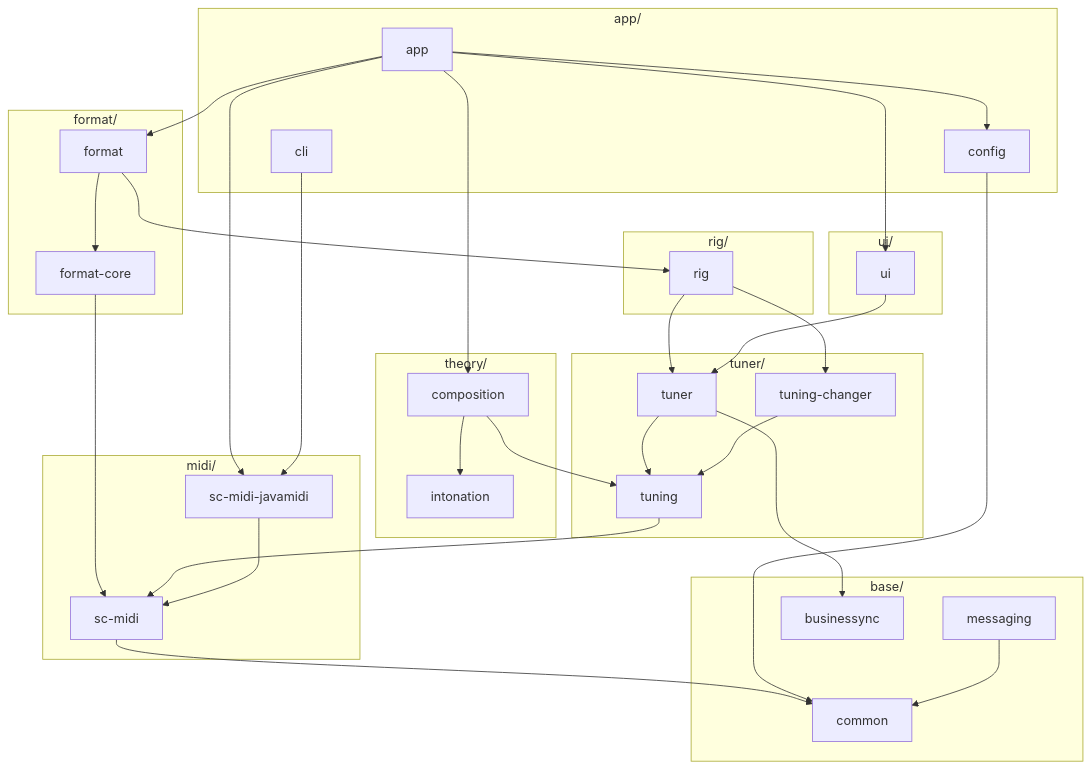
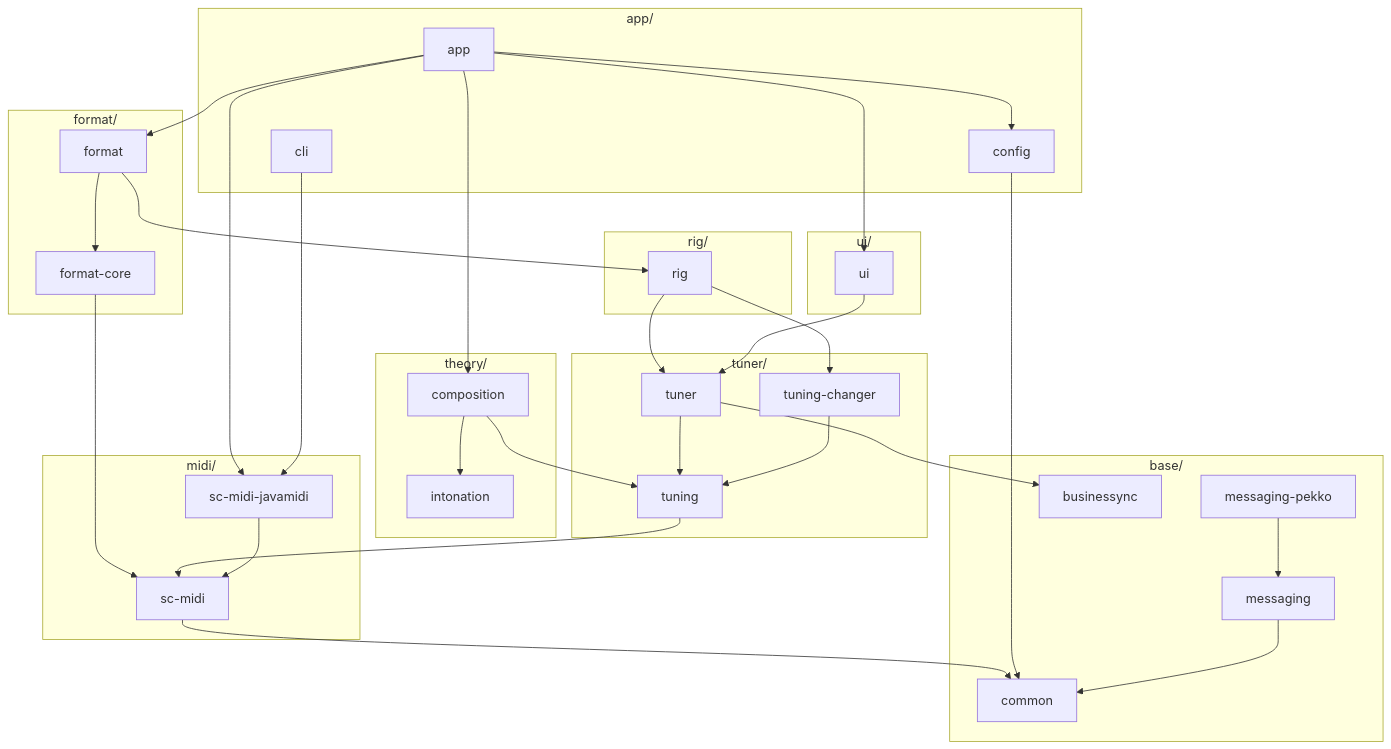
Before and after one commit to calinburloiu/microtonalist: the diagram in docs/architecture/module-overview.md, drawn with Mermaid. The commit also changed other lines of this file and 7 other files, not shown here.

First line of the commit message:
[#90/#387] Document messaging-pekko

````diff
--- a/docs/architecture/module-overview.md
+++ b/docs/architecture/module-overview.md
@@ -55,50 +56,52 @@
 ```mermaid
 flowchart TD
   subgraph appGroup ["app/"]
     app
     config
     cli
   end
   subgraph uiGroup ["ui/"]
     ui
   end
   subgraph formatGroup ["format/"]
     format
     formatCore["format-core"]
   end
   subgraph rigGroup ["rig/"]
     rig
   end
   subgraph theoryGroup ["theory/"]
     composition
     intonation
   end
   subgraph tunerGroup ["tuner/"]
     tuner
     tuningChanger["tuning-changer"]
     tuning
   end
   subgraph midiGroup ["midi/"]
     scMidiJavamidi["sc-midi-javamidi"]
     scMidi["sc-midi"]
   end
   subgraph baseGroup ["base/"]
+    messagingPekko["messaging-pekko"]
     messaging
     businessync
     common
   end
   app --> config & ui & format & composition & scMidiJavamidi
   format --> formatCore & rig
   formatCore --> scMidi
   composition --> intonation & tuning
   rig --> tuner & tuningChanger
   ui --> tuner
   tuner --> tuning & businessync
   tuningChanger --> tuning
   tuning --> scMidi
   cli --> scMidiJavamidi
   scMidiJavamidi --> scMidi
   scMidi --> common
   config --> common
+  messagingPekko --> messaging
   messaging --> common
 ```
````
